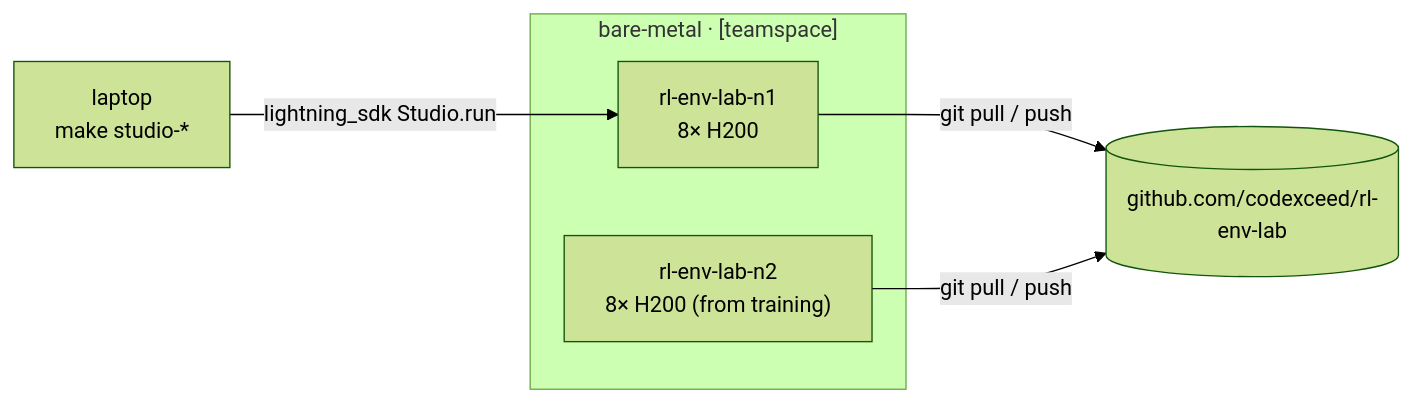
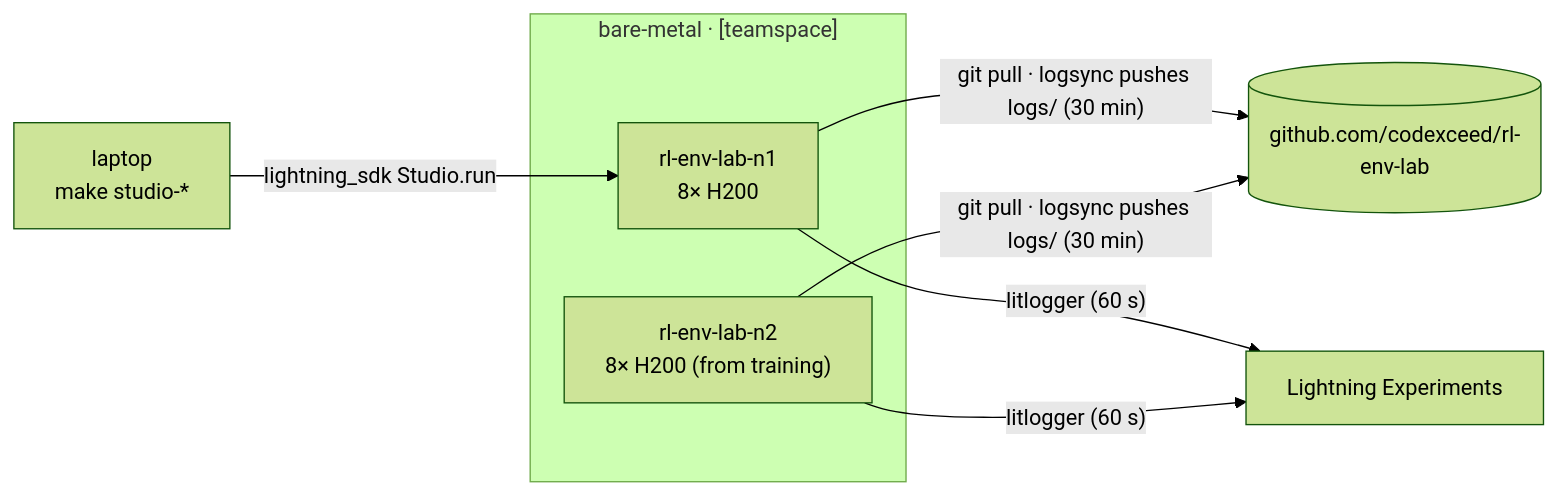
One commit to codexceed/rl-env-lab changed the seventh of 7 diagrams in ARCHITECTURE.md. Above: the diagram before and after it, drawn with Mermaid (forest theme). The commit also changed other lines of this file, not shown here.

Commit message:
docs(repo): sync ARCHITECTURE.md with the repo (async recovery, v2 variant, sametype split, logsync, node layout)

````diff
--- a/ARCHITECTURE.md
+++ b/ARCHITECTURE.md
@@ -203,9 +214,10 @@
 ```mermaid
 flowchart LR
   LAP["laptop<br/>make studio-*"] -->|"lightning_sdk Studio.run"| N1
   subgraph BM["bare-metal · [teamspace]"]
     N1["rl-env-lab-n1<br/>8× H200"]
     N2["rl-env-lab-n2<br/>8× H200 (from training)"]
   end
-  N1 & N2 -->|git pull / push| GH[("github.com/codexceed/rl-env-lab")]
+  N1 & N2 -->|"git pull · logsync pushes logs/ (30 min)"| GH[("github.com/codexceed/rl-env-lab")]
+  N1 & N2 -->|"litlogger (60 s)"| LE["Lightning Experiments"]
 ```
````
